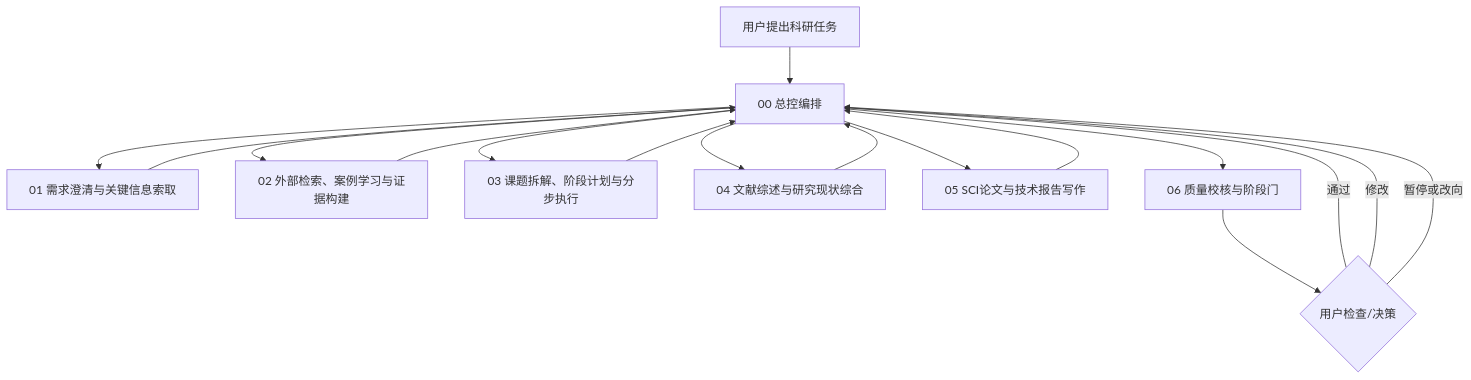
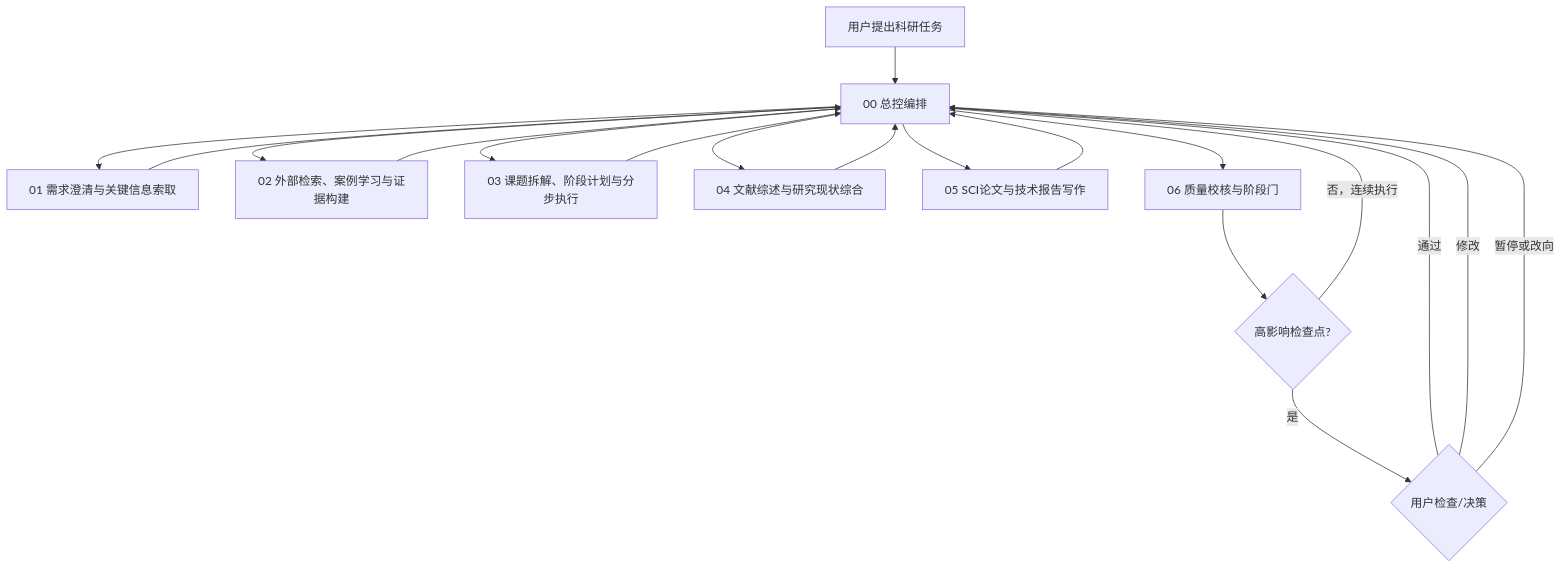
The diagram in README.md (LJAKE03/JAKE-research-agent-skills), drawn with Mermaid before and after one commit. The commit also changed other lines of this file and 29 other files, not shown here.

````diff
--- a/README.md
+++ b/README.md
@@ -7,19 +7,21 @@
 ```mermaid
 flowchart TD
     U[用户提出科研任务] --> O[00 总控编排]
     O --> I[01 需求澄清与关键信息索取]
     I --> O
     O --> R[02 外部检索、案例学习与证据构建]
     R --> O
     O --> P[03 课题拆解、阶段计划与分步执行]
     P --> O
     O --> L[04 文献综述与研究现状综合]
     L --> O
     O --> W[05 SCI论文与技术报告写作]
     W --> O
     O --> Q[06 质量校核与阶段门]
-    Q --> D{用户检查/决策}
+    Q --> H{高影响检查点?}
+    H -->|否，连续执行| O
+    H -->|是| D{用户检查/决策}
     D -->|通过| O
     D -->|修改| O
     D -->|暂停或改向| O
 ```
````
